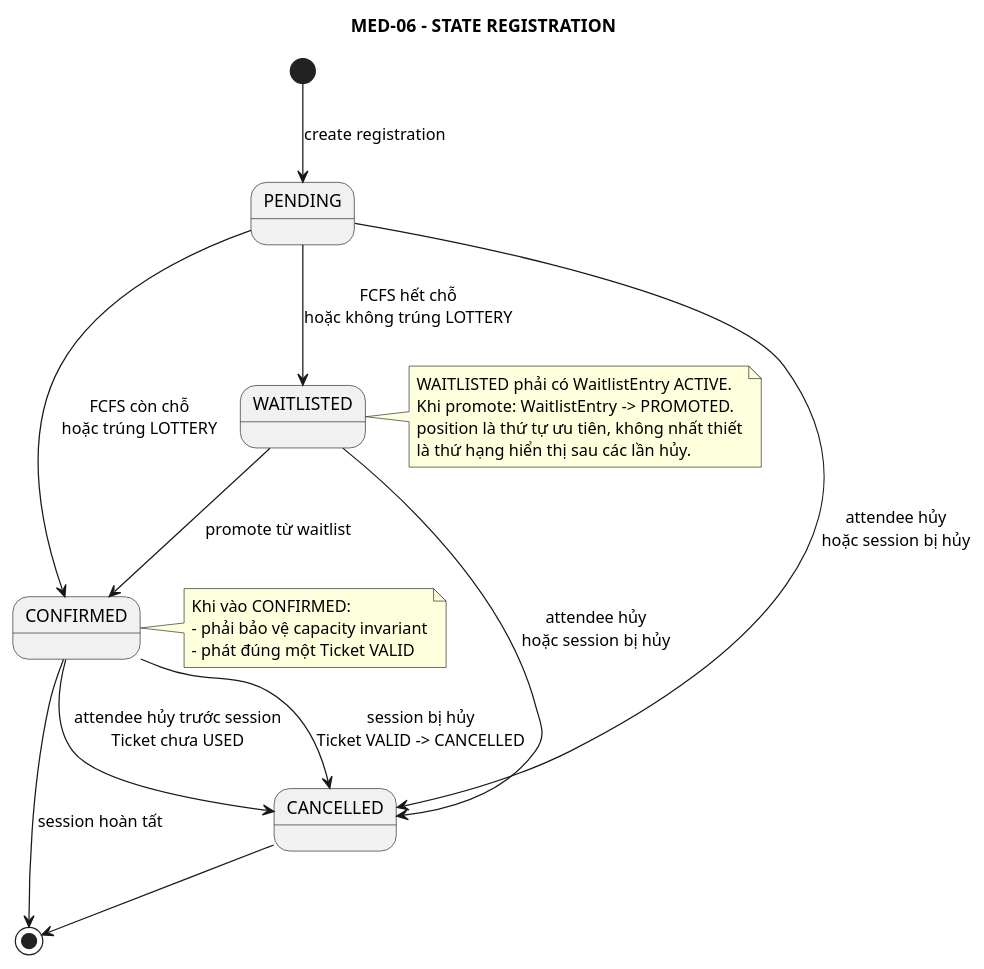
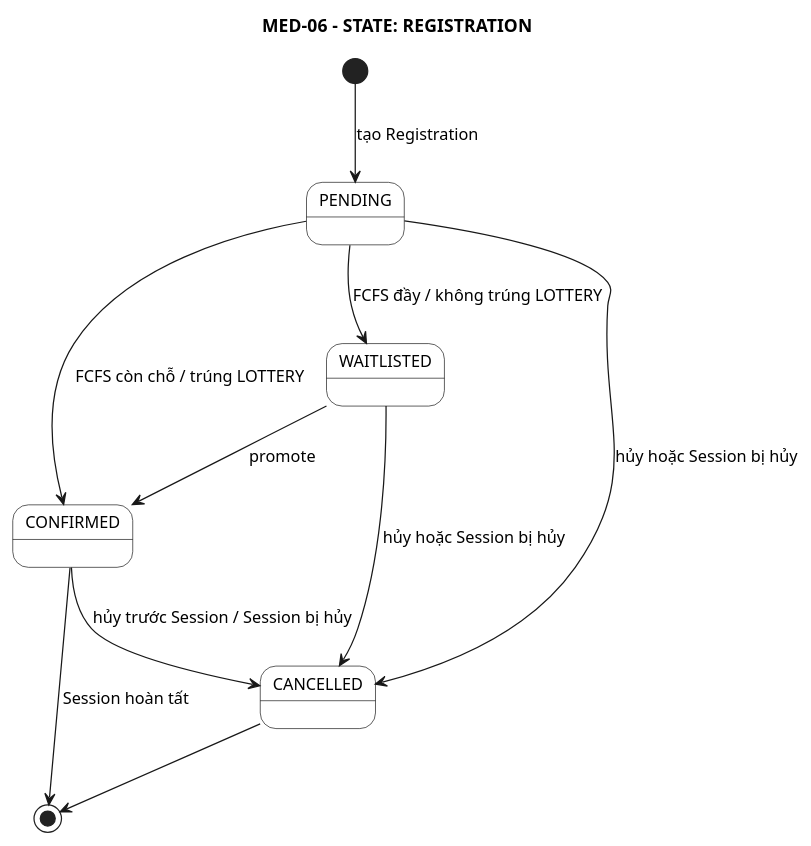
One commit to anh632k-ui/OOP-DoAn changed the diagram in PTTK/07_State/01-registration-state.puml. Above: the diagram before and after it, drawn with PlantUML.

Commit message:
simplify registration state diagram layout

```diff
--- a/PTTK/07_State/01-registration-state.puml
+++ b/PTTK/07_State/01-registration-state.puml
@@ -1,34 +1,25 @@
 @startuml
+skinparam monochrome true
 skinparam shadowing false
+skinparam defaultFontSize 13
+skinparam state {
+  BackgroundColor White
+  BorderColor Black
+}
 
-title MED-06 - STATE REGISTRATION
+title MED-06 - STATE: REGISTRATION
 
-[*] --> PENDING : create registration
+[*] --> PENDING : tạo Registration
 
-PENDING --> CONFIRMED : FCFS còn chỗ\nhoặc trúng LOTTERY
-PENDING --> WAITLISTED : FCFS hết chỗ\nhoặc không trúng LOTTERY
-PENDING --> CANCELLED : attendee hủy\nhoặc session bị hủy
+PENDING --> CONFIRMED : FCFS còn chỗ / trúng LOTTERY
+PENDING --> WAITLISTED : FCFS đầy / không trúng LOTTERY
+PENDING --> CANCELLED : hủy hoặc Session bị hủy
 
-WAITLISTED --> CONFIRMED : promote từ waitlist
-WAITLISTED --> CANCELLED : attendee hủy\nhoặc session bị hủy
+WAITLISTED --> CONFIRMED : promote
+WAITLISTED --> CANCELLED : hủy hoặc Session bị hủy
 
-CONFIRMED --> CANCELLED : attendee hủy trước session\nTicket chưa USED
-CONFIRMED --> CANCELLED : session bị hủy\nTicket VALID -> CANCELLED
-
-CONFIRMED --> [*] : session hoàn tất
+CONFIRMED --> CANCELLED : hủy trước Session / Session bị hủy
+CONFIRMED --> [*] : Session hoàn tất
 CANCELLED --> [*]
 
-note right of CONFIRMED
-Khi vào CONFIRMED:
-- phải bảo vệ capacity invariant
-- phát đúng một Ticket VALID
-end note
-
-note right of WAITLISTED
-WAITLISTED phải có WaitlistEntry ACTIVE.
-Khi promote: WaitlistEntry -> PROMOTED.
-position là thứ tự ưu tiên, không nhất thiết
-là thứ hạng hiển thị sau các lần hủy.
-end note
-
 @enduml
```
